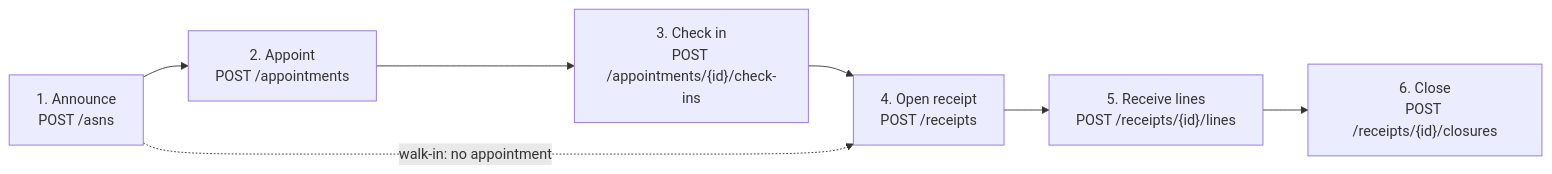
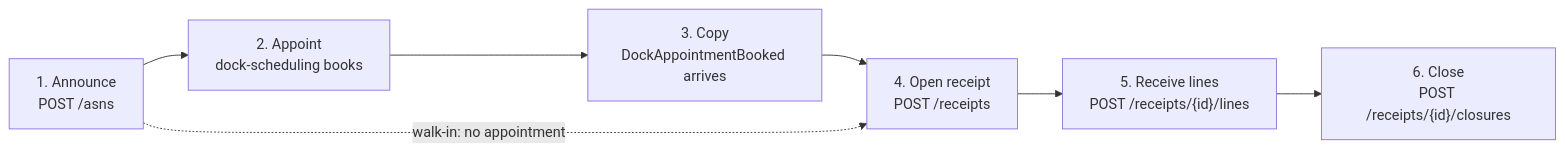
The diagram in docs/docs/overview/receiving-workflow.md (IQVO/inbound-receiving), drawn with Mermaid before and after one commit. The commit also changed other lines of this file and 76 other files, not shown here.

````diff
--- a/docs/docs/overview/receiving-workflow.md
+++ b/docs/docs/overview/receiving-workflow.md
@@ -13,9 +13,9 @@
 ```mermaid
 flowchart LR
-  A["1. Announce<br/>POST /asns"] --> B["2. Appoint<br/>POST /appointments"]
-  B --> C["3. Check in<br/>POST /appointments/{id}/check-ins"]
+  A["1. Announce<br/>POST /asns"] --> B["2. Appoint<br/>dock-scheduling books"]
+  B --> C["3. Copy<br/>DockAppointmentBooked arrives"]
   C --> D["4. Open receipt<br/>POST /receipts"]
   D --> E["5. Receive lines<br/>POST /receipts/{id}/lines"]
   E --> F["6. Close<br/>POST /receipts/{id}/closures"]
   A -. "walk-in: no appointment" .-> D
 ```
````
